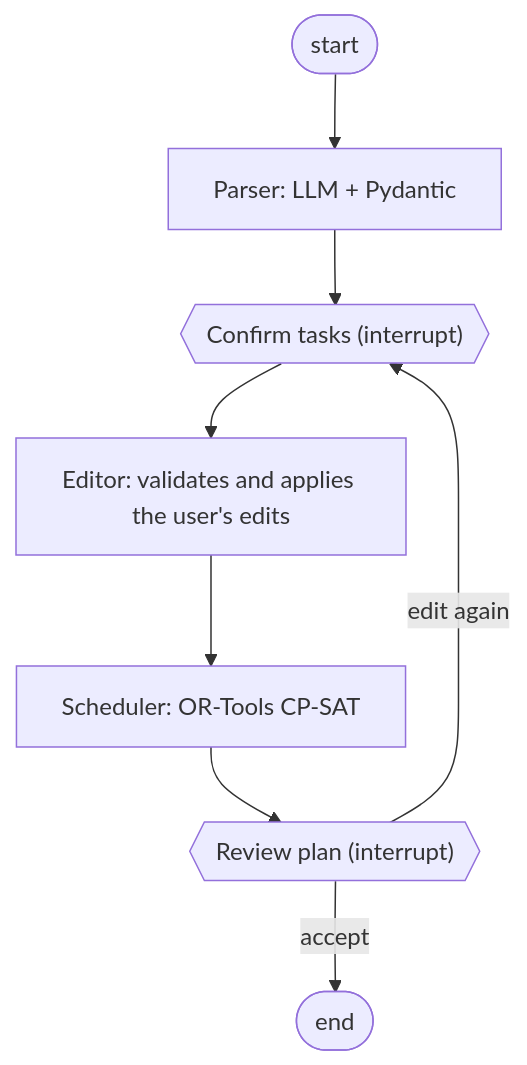
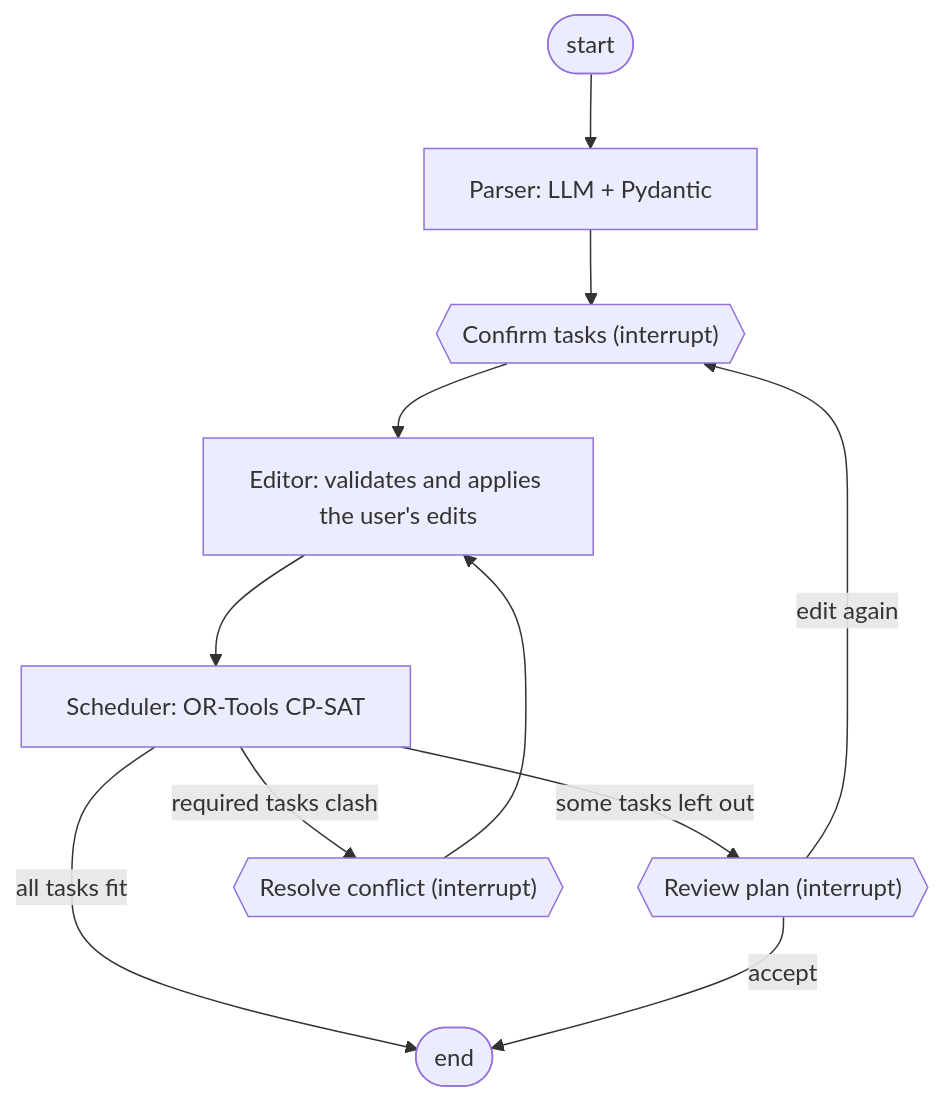
One commit to LenionK/agentic-day-planner changed the diagram in README.md. Above: the diagram before and after it, drawn with Mermaid. The commit also changed other lines of this file and 6 other files, not shown here.

First line of the commit message:
feat(graph): conflict resolution and review only when the plan differs

````diff
--- a/README.md
+++ b/README.md
@@ -25,10 +29,13 @@
 ```mermaid
 flowchart TD
     START([start]) --> P["Parser: LLM + Pydantic"]
     P --> C{{"Confirm tasks (interrupt)"}}
     C --> E["Editor: validates and applies the user's edits"]
     E --> S["Scheduler: OR-Tools CP-SAT"]
-    S --> R{{"Review plan (interrupt)"}}
-    R -- "accept" --> END([end])
+    S -- "all tasks fit" --> END([end])
+    S -- "some tasks left out" --> R{{"Review plan (interrupt)"}}
+    S -- "required tasks clash" --> X{{"Resolve conflict (interrupt)"}}
+    X --> E
+    R -- "accept" --> END
     R -- "edit again" --> C
 ```
````
